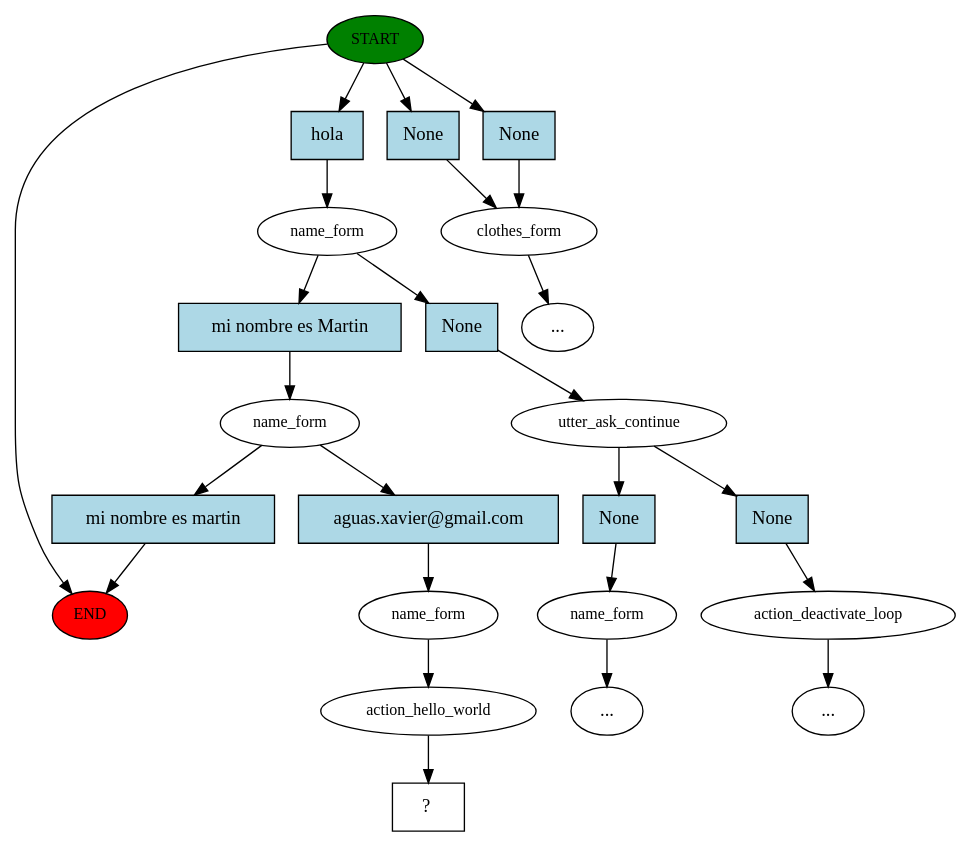
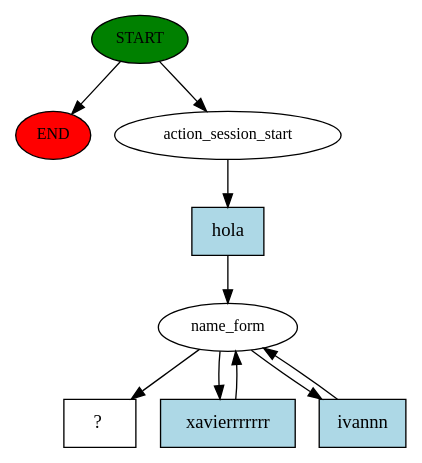
One commit to kabirivan/Ecommerce-Assistant-Jasmine changed the diagram in story_graph.dot. Above: the diagram before and after it, drawn with Graphviz. The commit also changed 4 other files, not shown here.

```diff
--- a/story_graph.dot
+++ b/story_graph.dot
@@ -1,49 +1,19 @@
 digraph  {
 0 [class="start active", fillcolor=green, fontsize=12, label=START, style=filled];
 "-1" [class=end, fillcolor=red, fontsize=12, label=END, style=filled];
-1 [class="", fontsize=12, label=clothes_form];
-"-5" [class=ellipsis, label="..."];
-4 [class=active, fontsize=12, label=name_form];
-5 [class="", fontsize=12, label=utter_ask_continue];
-6 [class="", fontsize=12, label=name_form];
-"-6" [class=ellipsis, label="..."];
-9 [class="", fontsize=12, label=action_deactivate_loop];
-"-7" [class=ellipsis, label="..."];
-11 [class=active, fontsize=12, label=name_form];
-14 [class=active, fontsize=12, label=name_form];
-15 [class=active, fontsize=12, label=action_hello_world];
-16 [class="intent dashed active", label="  ?  ", shape=rect];
-17 [class=intent, fillcolor=lightblue, label=None, shape=rect, style=filled];
-18 [class=intent, fillcolor=lightblue, label=None, shape=rect, style=filled];
-19 [class="intent active", fillcolor=lightblue, label=hola, shape=rect, style=filled];
-20 [class=intent, fillcolor=lightblue, label=None, shape=rect, style=filled];
-21 [class="intent active", fillcolor=lightblue, label="mi nombre es Martin", shape=rect, style=filled];
-22 [class=intent, fillcolor=lightblue, label=None, shape=rect, style=filled];
-23 [class=intent, fillcolor=lightblue, label=None, shape=rect, style=filled];
-24 [class=intent, fillcolor=lightblue, label="mi nombre es martin", shape=rect, style=filled];
-25 [class="intent active", fillcolor=lightblue, label="aguas.xavier@gmail.com", shape=rect, style=filled];
+1 [class=active, fontsize=12, label=action_session_start];
+2 [class=active, fontsize=12, label=name_form];
+7 [class="intent dashed active", label="  ?  ", shape=rect];
+8 [class="intent active", fillcolor=lightblue, label=hola, shape=rect, style=filled];
+9 [class="intent active", fillcolor=lightblue, label=xavierrrrrrr, shape=rect, style=filled];
+10 [class="intent active", fillcolor=lightblue, label=ivannn, shape=rect, style=filled];
 0 -> "-1"  [class="", key=NONE, label=""];
-0 -> 17  [class="", key=0];
-0 -> 18  [class="", key=0];
-0 -> 19  [class=active, key=0];
-1 -> "-5"  [class="", key=NONE, label=""];
-4 -> 20  [class="", key=0];
-4 -> 21  [class=active, key=0];
-5 -> 22  [class="", key=0];
-5 -> 23  [class="", key=0];
-6 -> "-6"  [class="", key=NONE, label=""];
-9 -> "-7"  [class="", key=NONE, label=""];
-11 -> 24  [class="", key=0];
-11 -> 25  [class=active, key=0];
-14 -> 15  [class=active, key=NONE, label=""];
-15 -> 16  [class=active, key=NONE, label=""];
-17 -> 1  [class="", key=0];
-18 -> 1  [class="", key=0];
-19 -> 4  [class=active, key=0];
-20 -> 5  [class="", key=0];
-21 -> 11  [class=active, key=0];
-22 -> 6  [class="", key=0];
-23 -> 9  [class="", key=0];
-24 -> "-1"  [class="", key=0];
-25 -> 14  [class=active, key=0];
+0 -> 1  [class=active, key=NONE, label=""];
+1 -> 8  [class=active, key=0];
+2 -> 7  [class=active, key=NONE, label=""];
+2 -> 9  [class=active, key=0];
+2 -> 10  [class=active, key=0];
+8 -> 2  [class=active, key=0];
+9 -> 2  [class=active, key=0];
+10 -> 2  [class=active, key=0];
 }
```
